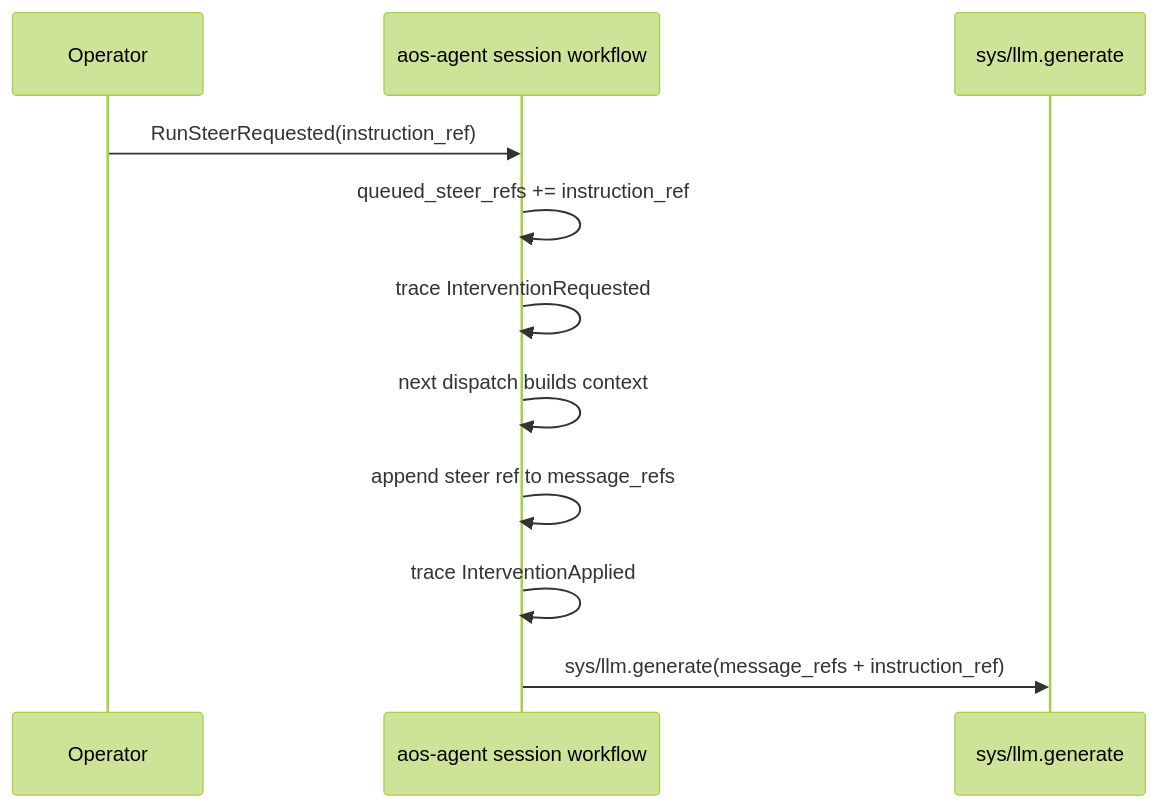
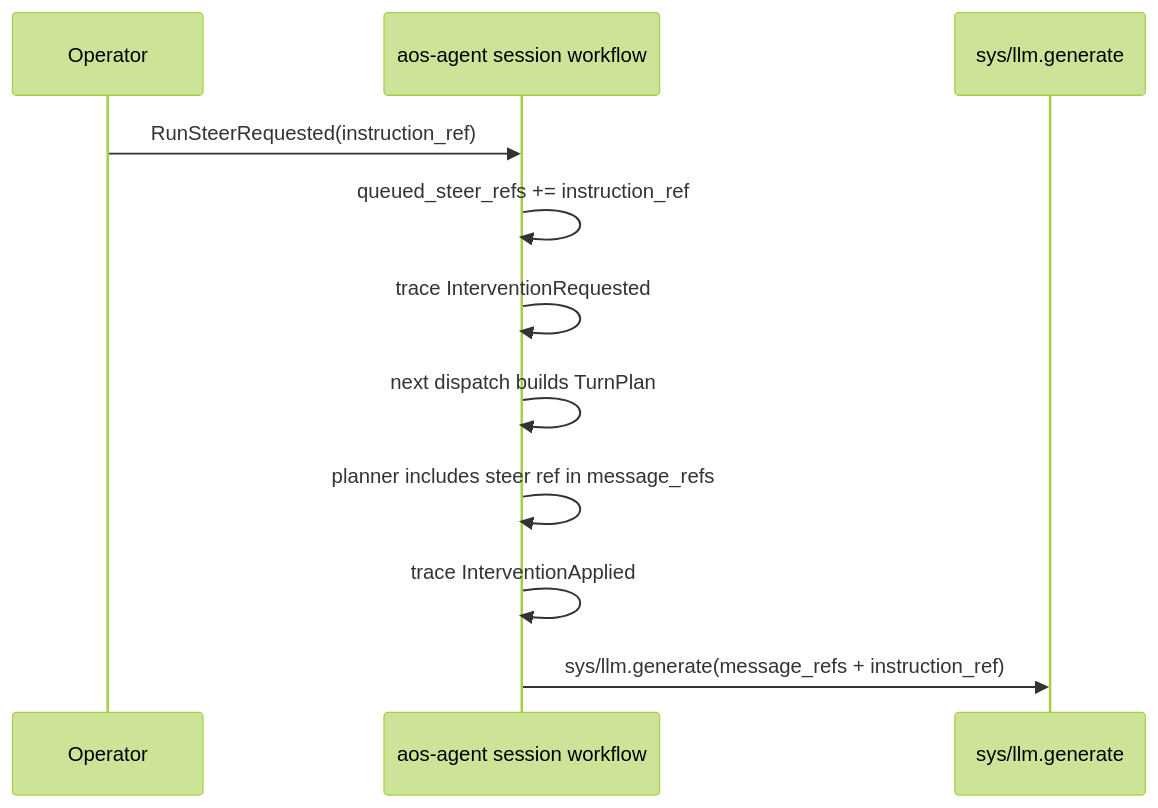
Diagram 20 of 22 in roadmap/v0.30-agent/visual-guide.md (smartcomputer-ai/agent-os), drawn with Mermaid (forest theme) before and after one commit. The commit also changed other lines of this file, not shown here.

````diff
--- a/roadmap/v0.30-agent/visual-guide.md
+++ b/roadmap/v0.30-agent/visual-guide.md
@@ -1493,14 +1559,14 @@
 ```mermaid
 sequenceDiagram
   participant Operator
   participant Agent as aos-agent session workflow
   participant LLM as sys/llm.generate
 
   Operator->>Agent: RunSteerRequested(instruction_ref)
   Agent->>Agent: queued_steer_refs += instruction_ref
   Agent->>Agent: trace InterventionRequested
-  Agent->>Agent: next dispatch builds context
-  Agent->>Agent: append steer ref to message_refs
+  Agent->>Agent: next dispatch builds TurnPlan
+  Agent->>Agent: planner includes steer ref in message_refs
   Agent->>Agent: trace InterventionApplied
   Agent->>LLM: sys/llm.generate(message_refs + instruction_ref)
 ```
````
